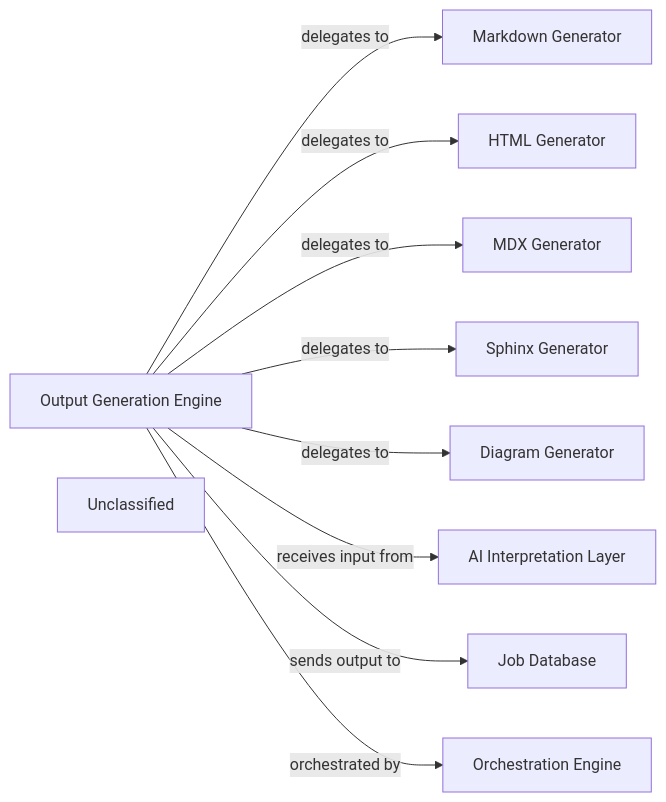
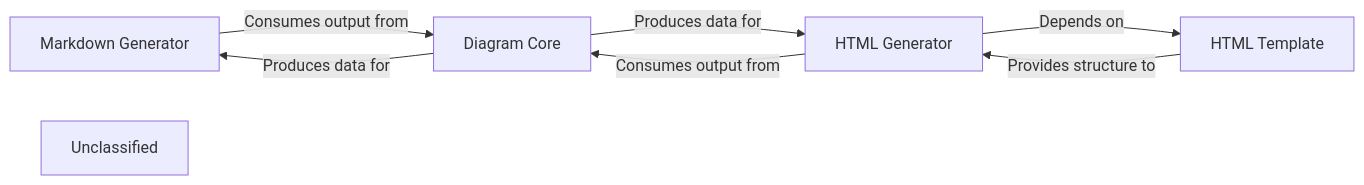
Before and after one commit to CodeBoarding/CodeBoarding: the diagram in .codeboarding/Output_Generation_Engine.md, drawn with Mermaid. The commit also changed other lines of this file and 21 other files, not shown here.

First line of the commit message:
docs: update codeboarding documentation and generate architecture

````diff
--- a/.codeboarding/Output_Generation_Engine.md
+++ b/.codeboarding/Output_Generation_Engine.md
@@ -1,23 +1,14 @@
 ```mermaid
 graph LR
-    Output_Generation_Engine["Output Generation Engine"]
     Markdown_Generator["Markdown Generator"]
     HTML_Generator["HTML Generator"]
-    MDX_Generator["MDX Generator"]
-    Sphinx_Generator["Sphinx Generator"]
-    Diagram_Generator["Diagram Generator"]
-    AI_Interpretation_Layer["AI Interpretation Layer"]
-    Job_Database["Job Database"]
-    Orchestration_Engine["Orchestration Engine"]
+    Diagram_Core["Diagram Core"]
+    HTML_Template["HTML Template"]
     Unclassified["Unclassified"]
-    Output_Generation_Engine -- "delegates to" --> Markdown_Generator
-    Output_Generation_Engine -- "delegates to" --> HTML_Generator
-    Output_Generation_Engine -- "delegates to" --> MDX_Generator
-    Output_Generation_Engine -- "delegates to" --> Sphinx_Generator
-    Output_Generation_Engine -- "delegates to" --> Diagram_Generator
-    Output_Generation_Engine -- "receives input from" --> AI_Interpretation_Layer
-    Output_Generation_Engine -- "sends output to" --> Job_Database
-    Output_Generation_Engine -- "orchestrated by" --> Orchestration_Engine
-    click Output_Generation_Engine href "https://github.com/CodeBoarding/CodeBoarding/blob/main/.codeboarding/Output_Generation_Engine.md" "Details"
-    click AI_Interpretation_Layer href "https://github.com/CodeBoarding/CodeBoarding/blob/main/.codeboarding/AI_Interpretation_Layer.md" "Details"
+    Markdown_Generator -- "Consumes output from" --> Diagram_Core
+    HTML_Generator -- "Depends on" --> HTML_Template
+    HTML_Generator -- "Consumes output from" --> Diagram_Core
+    Diagram_Core -- "Produces data for" --> Markdown_Generator
+    Diagram_Core -- "Produces data for" --> HTML_Generator
+    HTML_Template -- "Provides structure to" --> HTML_Generator
 ```
````
